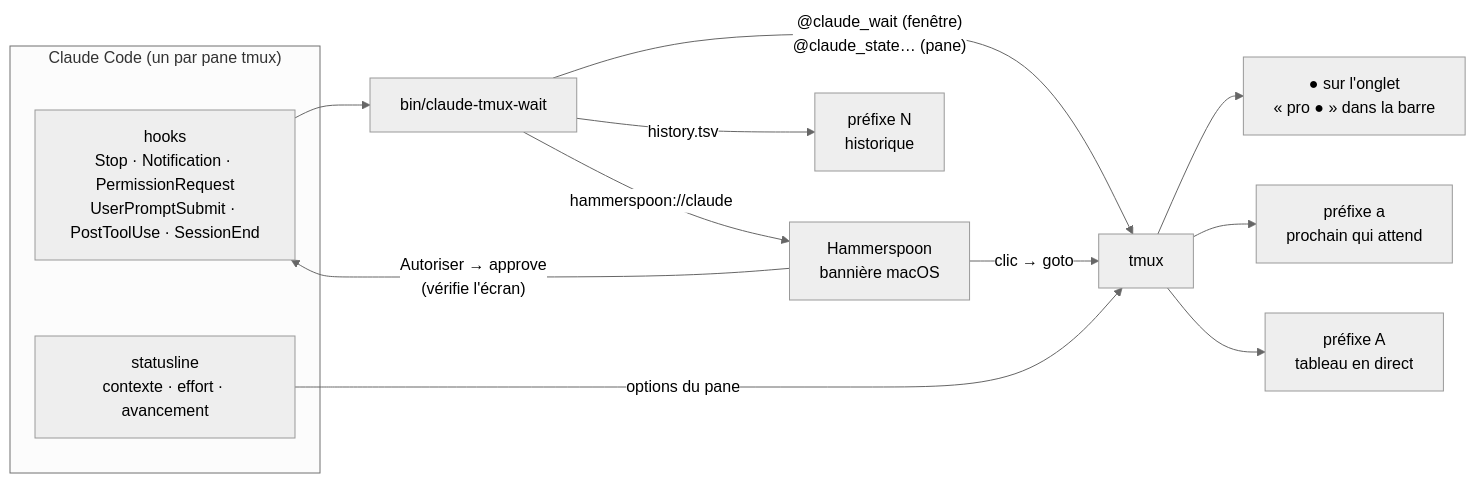
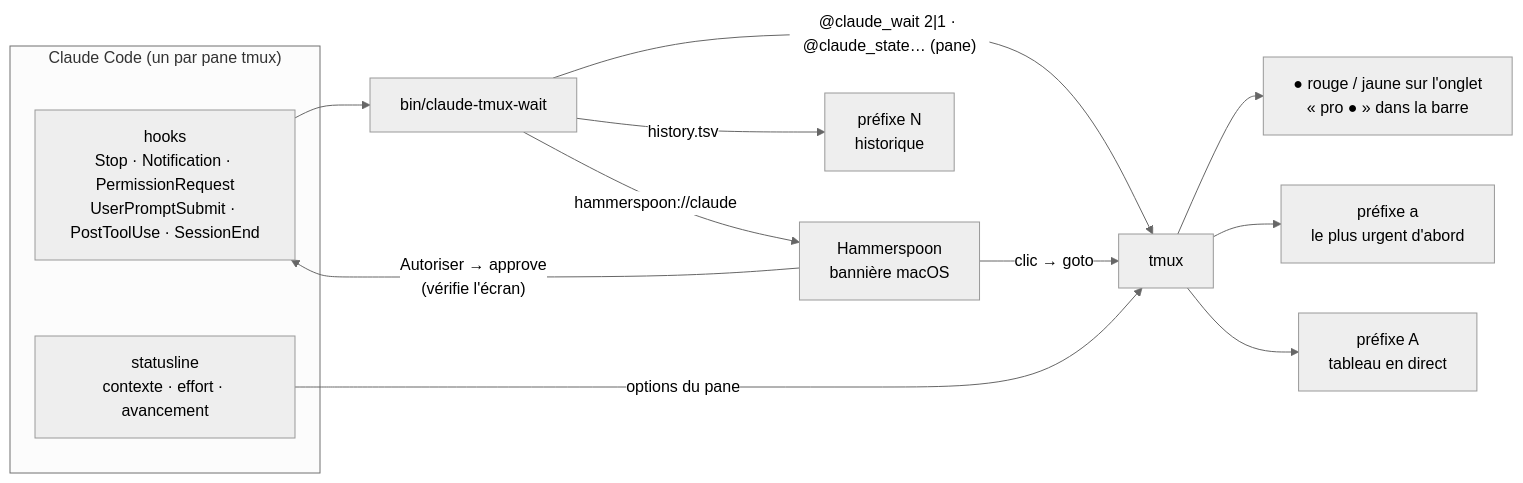
The sixth of 7 diagrams in ARCHITECTURE.md (Skayfa/dotfiles), drawn with Mermaid (neutral theme) before and after one commit. The commit also changed other lines of this file and 3 other files, not shown here.

First line of the commit message:
Claude marker per pane, red or yellow by urgency; prefix a goes to the most urgent

````diff
--- a/ARCHITECTURE.md
+++ b/ARCHITECTURE.md
@@ -165,18 +165,18 @@
 ```mermaid
 flowchart LR
     subgraph cc["Claude Code (un par pane tmux)"]
         H["hooks<br/>Stop · Notification · PermissionRequest<br/>UserPromptSubmit · PostToolUse · SessionEnd"]
         SL["statusline<br/>contexte · effort · avancement"]
     end
     W["bin/claude-tmux-wait"]
     H --> W
     SL -- "options du pane" --> PANE
-    W -- "@claude_wait (fenêtre)<br/>@claude_state… (pane)" --> PANE["tmux"]
-    PANE --> TAB["● sur l'onglet<br/>« pro ● » dans la barre"]
-    PANE --> NEXT["préfixe a<br/>prochain qui attend"]
+    W -- "@claude_wait 2|1 · @claude_state… (pane)" --> PANE["tmux"]
+    PANE --> TAB["● rouge / jaune sur l'onglet<br/>« pro ● » dans la barre"]
+    PANE --> NEXT["préfixe a<br/>le plus urgent d'abord"]
     PANE --> BOARD["préfixe A<br/>tableau en direct"]
     W -- "history.tsv" --> HIST["préfixe N<br/>historique"]
     W -- "hammerspoon://claude" --> HS["Hammerspoon<br/>bannière macOS"]
     HS -- "clic → goto" --> PANE
     HS -- "Autoriser → approve<br/>(vérifie l'écran)" --> H
 ```
````
